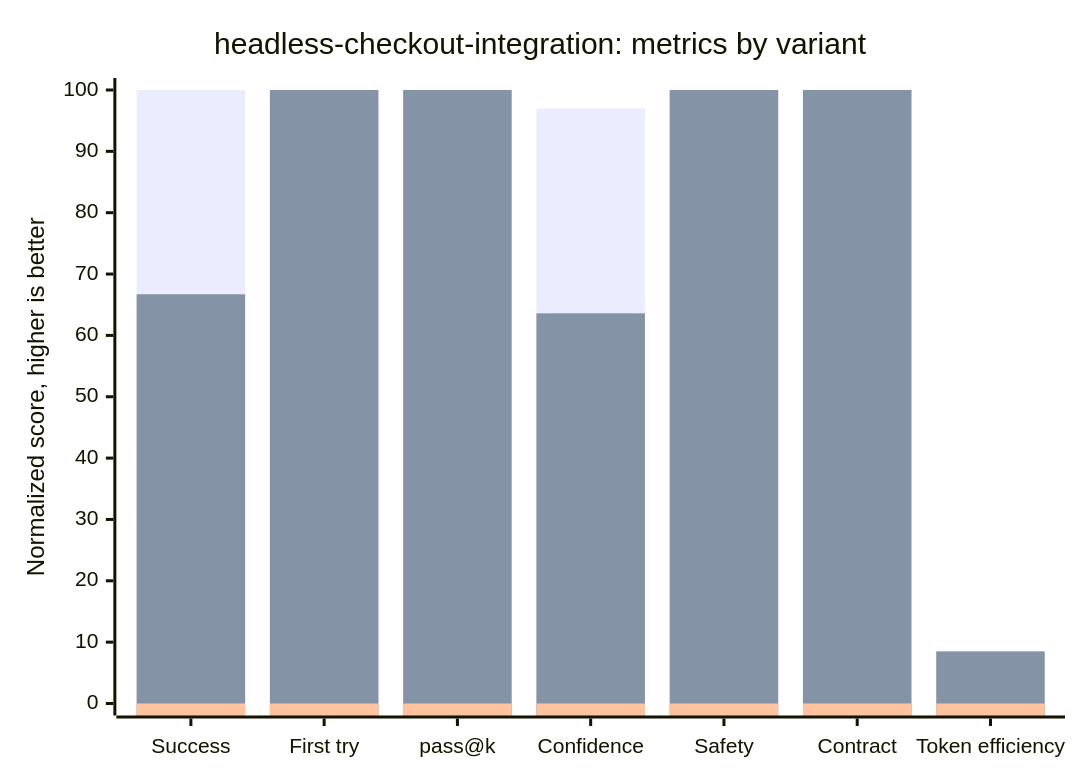
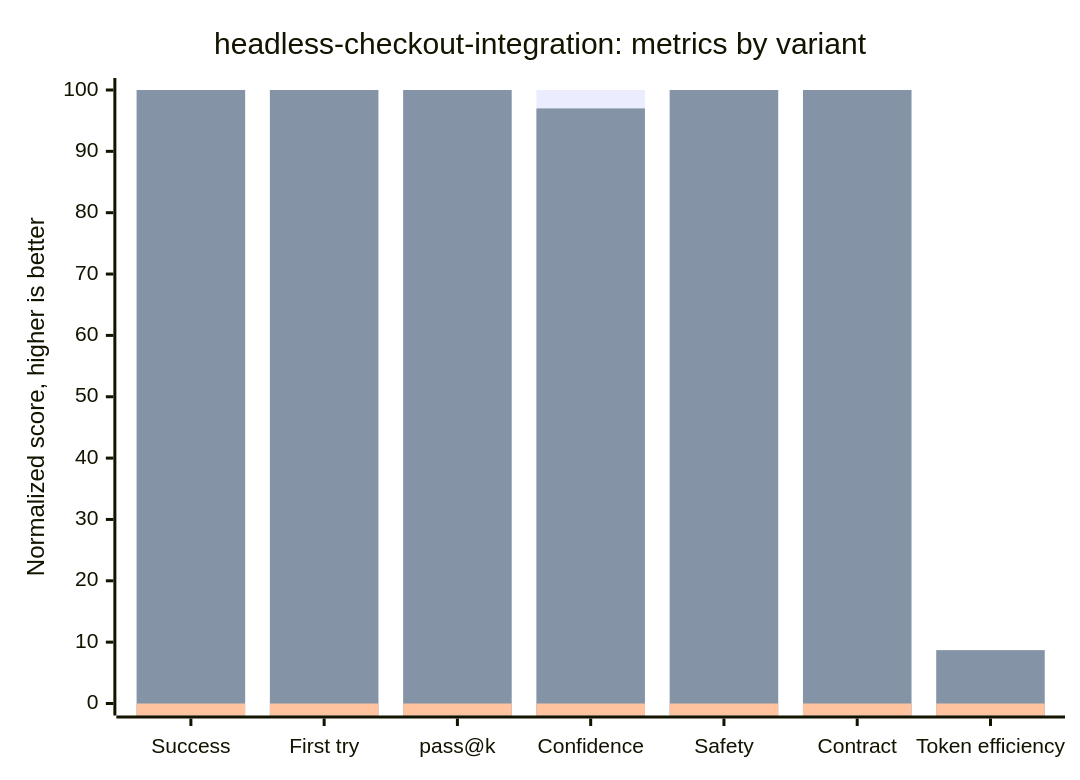
One commit to apyanzin-xsolla/ai-kit-eval-dashboard changed the third of 4 diagrams in README.md. Above: the diagram before and after it, drawn with Mermaid. The commit also changed other lines of this file and 3 other files, not shown here.

````diff
--- a/README.md
+++ b/README.md
@@ -150,9 +150,9 @@
 ```mermaid
 xychart-beta
     title "headless-checkout-integration: metrics by variant"
     x-axis ["Success", "First try", "pass@k", "Confidence", "Safety", "Contract", "Token efficiency"]
     y-axis "Normalized score, higher is better" 0 --> 100
-    bar [100, 100, 100, 97, 100, 100, 0]
-    bar [66.7, 100, 100, 63.6, 100, 100, 8.5]
+    bar [100, 100, 100, 100, 100, 100, 0]
+    bar [100, 100, 100, 97, 100, 100, 8.7]
     bar [0, 0, 0, 0, 0, 0, 0]
 ```
````
